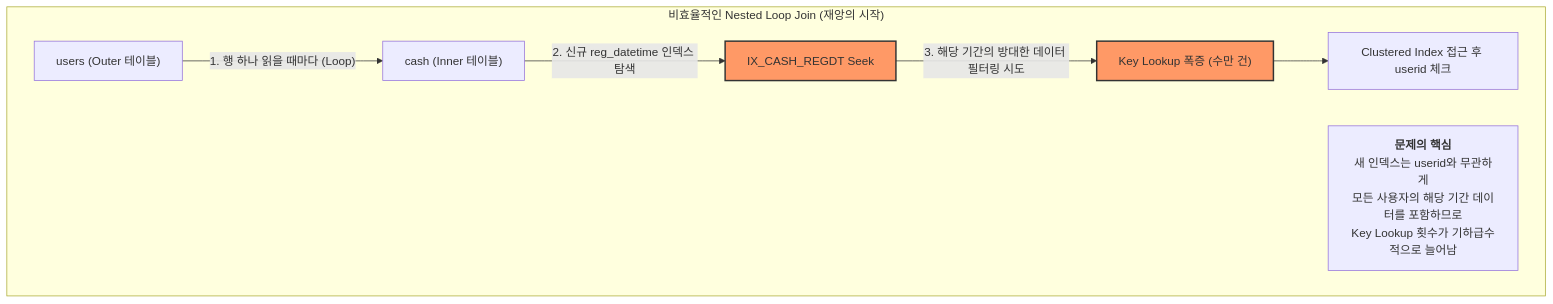
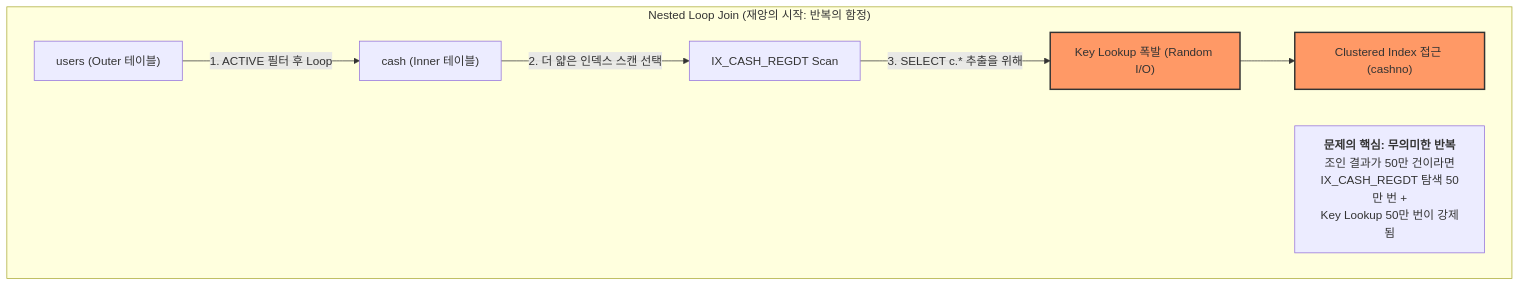
The second of 3 diagrams in troubleshooting/payletter_index_optimization.md (muzzaiwork/candidate), drawn with Mermaid before and after one commit. The commit also changed other lines of this file, not shown here.

Commit message:
Refactor index optimization doc into a comprehensive failure analysis report

````diff
--- a/troubleshooting/payletter_index_optimization.md
+++ b/troubleshooting/payletter_index_optimization.md
@@ -65,15 +67,15 @@
 ```mermaid
 graph TD
-    subgraph "비효율적인 Nested Loop Join (재앙의 시작)"
-        U_Outer2["users (Outer 테이블)"] -- "1. 행 하나 읽을 때마다 (Loop)" --> C_Inner2["cash (Inner 테이블)"]
+    subgraph "Nested Loop Join (재앙의 시작: 반복의 함정)"
+        U_Outer["users (Outer 테이블)"] -- "1. ACTIVE 필터 후 Loop" --> C_Inner["cash (Inner 테이블)"]
         
-        C_Inner2 -- "2. 신규 reg_datetime 인덱스 탐색" --> IX_REG["IX_CASH_REGDT Seek"]
-        IX_REG -- "3. 해당 기간의 방대한 데이터 필터링 시도" --> K2["Key Lookup 폭증 (수만 건)"]
-        K2 --> C_L2["Clustered Index 접근 후 userid 체크"]
+        C_Inner -- "2. 더 얇은 인덱스 스캔 선택" --> N["IX_CASH_REGDT Scan"]
+        N -- "3. SELECT c.* 추출을 위해" --> K["Key Lookup 폭발 (Random I/O)"]
+        K --> C_L["Clustered Index 접근 (cashno)"]
         
-        note2["<b>문제의 핵심</b><br/>새 인덱스는 userid와 무관하게<br/>모든 사용자의 해당 기간 데이터를 포함하므로<br/>Key Lookup 횟수가 기하급수적으로 늘어남"]
+        note2["<b>문제의 핵심: 무의미한 반복</b><br/>조인 결과가 50만 건이라면<br/>IX_CASH_REGDT 탐색 50만 번 +<br/>Key Lookup 50만 번이 강제됨"]
     end
 
-    style IX_REG fill:#f96,stroke:#333,stroke-width:2px
-    style K2 fill:#f96,stroke:#333,stroke-width:2px
+    style K fill:#f96,stroke:#333,stroke-width:2px
+    style C_L fill:#f96,stroke:#333,stroke-width:2px
 ```
````
